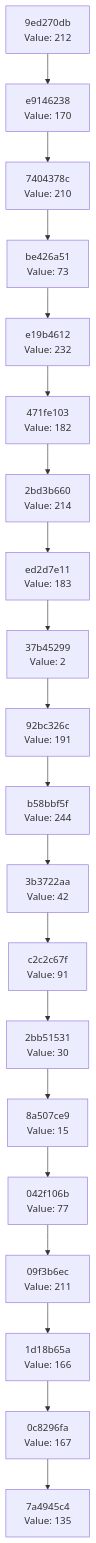
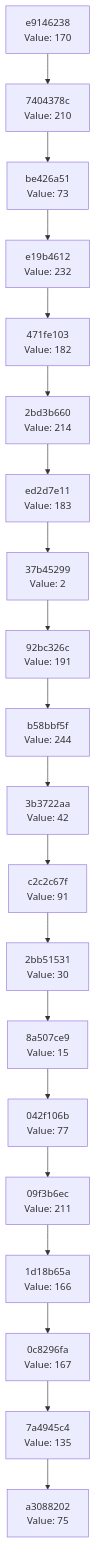
The diagram in docs/CHAIN_VISUALIZATION.md (Abhisheksinha1506/hash-chain-evolver), drawn with Mermaid before and after one commit. The commit also changed 1 other file, not shown here.

Commit message:
Evolution Step

````diff
--- a/docs/CHAIN_VISUALIZATION.md
+++ b/docs/CHAIN_VISUALIZATION.md
@@ -3,42 +3,42 @@
 ```mermaid
 graph TD
-    C0["7a4945c4<br/>Value: 135"]
-    C1["0c8296fa<br/>Value: 167"]
+    C0["a3088202<br/>Value: 75"]
+    C1["7a4945c4<br/>Value: 135"]
     C1 --> C0
-    C2["1d18b65a<br/>Value: 166"]
+    C2["0c8296fa<br/>Value: 167"]
     C2 --> C1
-    C3["09f3b6ec<br/>Value: 211"]
+    C3["1d18b65a<br/>Value: 166"]
     C3 --> C2
-    C4["042f106b<br/>Value: 77"]
+    C4["09f3b6ec<br/>Value: 211"]
     C4 --> C3
-    C5["8a507ce9<br/>Value: 15"]
+    C5["042f106b<br/>Value: 77"]
     C5 --> C4
-    C6["2bb51531<br/>Value: 30"]
+    C6["8a507ce9<br/>Value: 15"]
     C6 --> C5
-    C7["c2c2c67f<br/>Value: 91"]
+    C7["2bb51531<br/>Value: 30"]
     C7 --> C6
-    C8["3b3722aa<br/>Value: 42"]
+    C8["c2c2c67f<br/>Value: 91"]
     C8 --> C7
-    C9["b58bbf5f<br/>Value: 244"]
+    C9["3b3722aa<br/>Value: 42"]
     C9 --> C8
-    C10["92bc326c<br/>Value: 191"]
+    C10["b58bbf5f<br/>Value: 244"]
     C10 --> C9
-    C11["37b45299<br/>Value: 2"]
+    C11["92bc326c<br/>Value: 191"]
     C11 --> C10
-    C12["ed2d7e11<br/>Value: 183"]
+    C12["37b45299<br/>Value: 2"]
     C12 --> C11
-    C13["2bd3b660<br/>Value: 214"]
+    C13["ed2d7e11<br/>Value: 183"]
     C13 --> C12
-    C14["471fe103<br/>Value: 182"]
+    C14["2bd3b660<br/>Value: 214"]
     C14 --> C13
-    C15["e19b4612<br/>Value: 232"]
+    C15["471fe103<br/>Value: 182"]
     C15 --> C14
-    C16["be426a51<br/>Value: 73"]
+    C16["e19b4612<br/>Value: 232"]
     C16 --> C15
-    C17["7404378c<br/>Value: 210"]
+    C17["be426a51<br/>Value: 73"]
     C17 --> C16
-    C18["e9146238<br/>Value: 170"]
+    C18["7404378c<br/>Value: 210"]
     C18 --> C17
-    C19["9ed270db<br/>Value: 212"]
+    C19["e9146238<br/>Value: 170"]
     C19 --> C18
 ```
````
